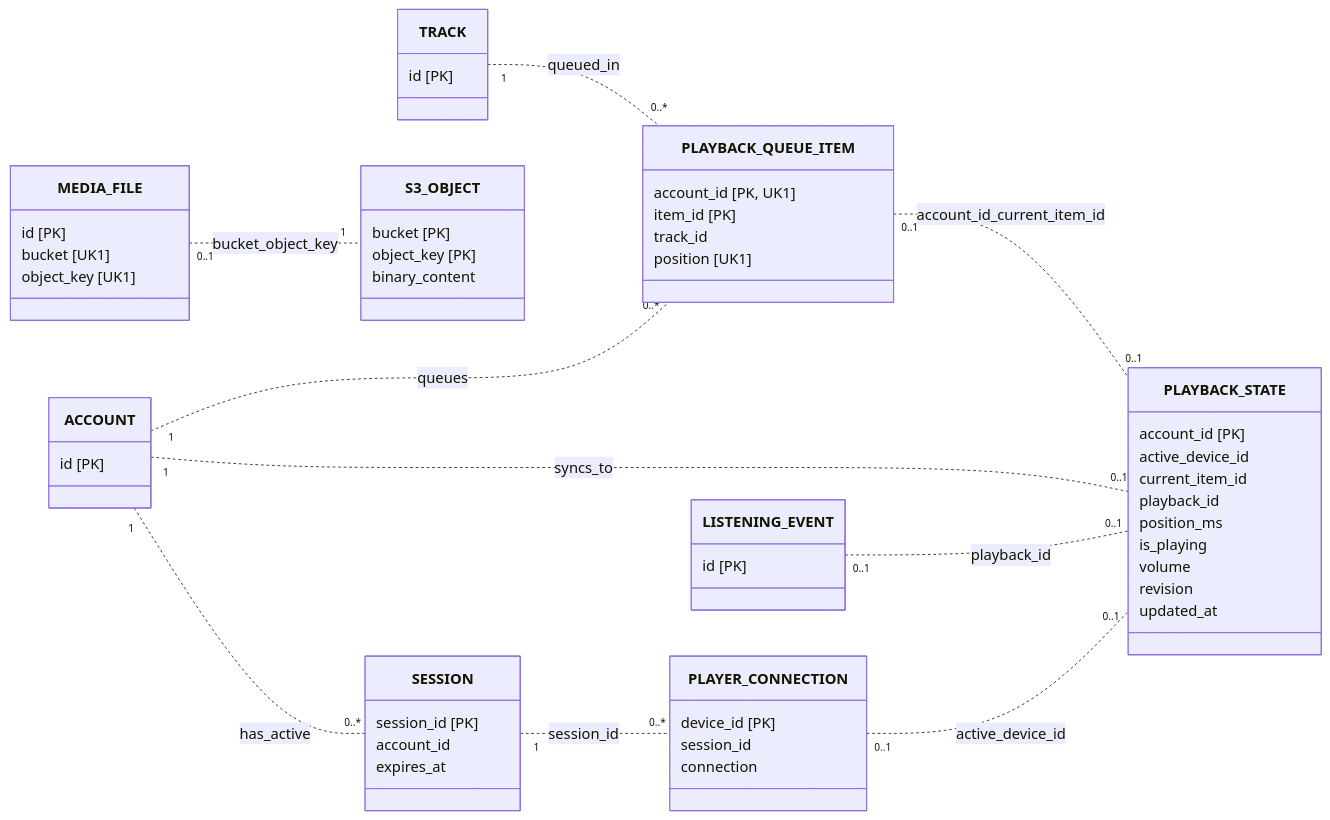
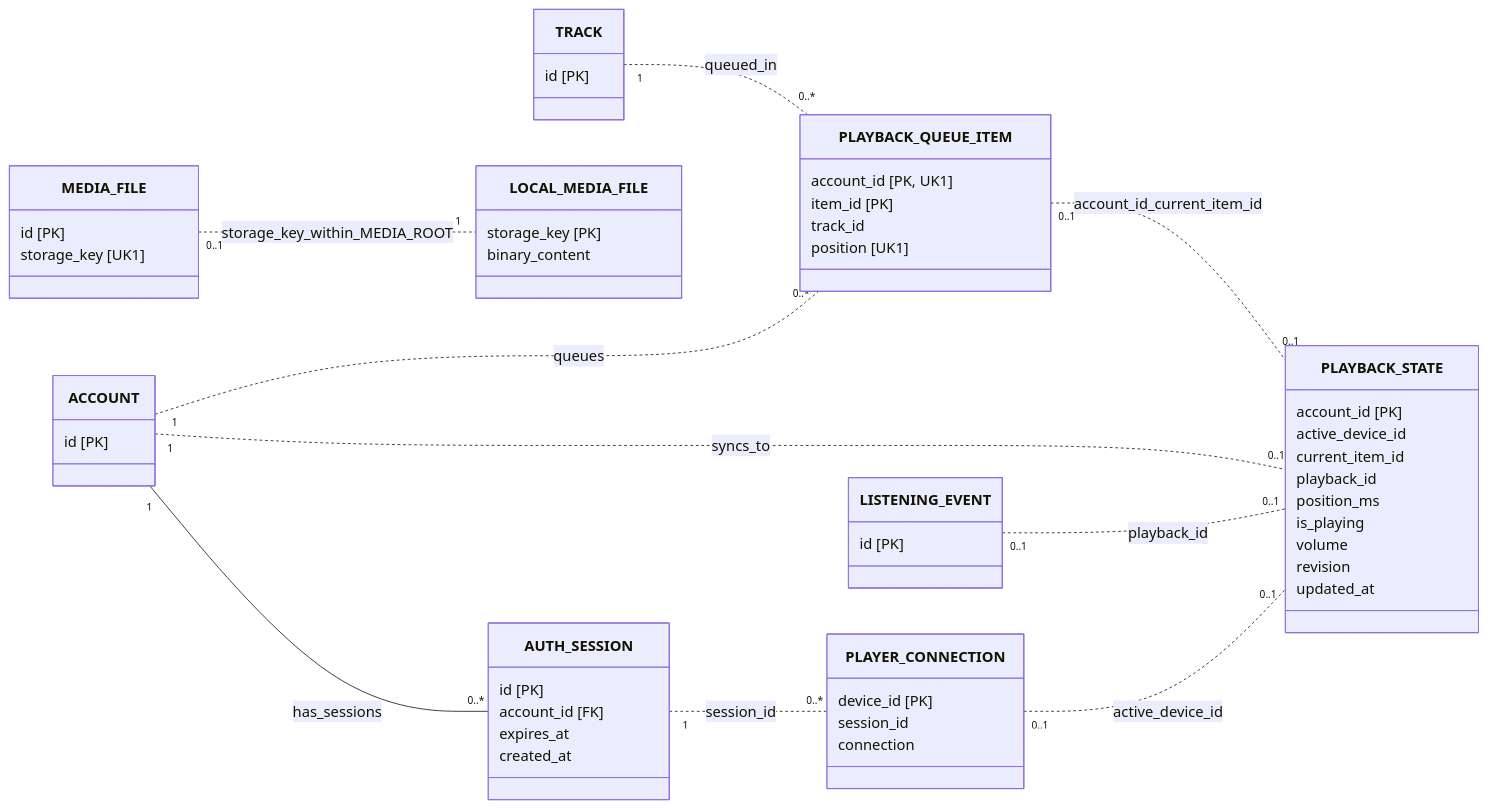
One commit to go-park-mail-ru/2026_2_Na_Vse_200 changed the fourth of 4 diagrams in db/normalized/er.md. Above: the diagram before and after it, drawn with Mermaid. The commit also changed other lines of this file and 25 other files, not shown here.

````diff
--- a/db/normalized/er.md
+++ b/db/normalized/er.md
@@ -167,59 +178,58 @@
 ```mermaid
 classDiagram
 direction LR
     class ACCOUNT {
         id [PK]
     }
     class TRACK {
         id [PK]
     }
     class MEDIA_FILE {
         id [PK]
-        bucket [UK1]
-        object_key [UK1]
+        storage_key [UK1]
     }
-    class SESSION {
-        session_id [PK]
-        account_id
+    class AUTH_SESSION {
+        id [PK]
+        account_id [FK]
         expires_at
+        created_at
     }
     class PLAYBACK_STATE {
         account_id [PK]
         active_device_id
         current_item_id
         playback_id
         position_ms
         is_playing
         volume
         revision
         updated_at
     }
     class PLAYBACK_QUEUE_ITEM {
         account_id [PK, UK1]
         item_id [PK]
         track_id
         position [UK1]
     }
     class PLAYER_CONNECTION {
         device_id [PK]
         session_id
         connection
     }
-    class S3_OBJECT {
-        bucket [PK]
-        object_key [PK]
+    class LOCAL_MEDIA_FILE {
+        storage_key [PK]
         binary_content
     }
     class LISTENING_EVENT {
         id [PK]
     }
-    ACCOUNT "1" .. "0..*" SESSION : has_active
+    ACCOUNT "1" -- "0..*" AUTH_SESSION : has_sessions
     ACCOUNT "1" .. "0..1" PLAYBACK_STATE : syncs_to
     ACCOUNT "1" .. "0..*" PLAYBACK_QUEUE_ITEM : queues
     TRACK "1" .. "0..*" PLAYBACK_QUEUE_ITEM : queued_in
     PLAYBACK_QUEUE_ITEM "0..1" .. "0..1" PLAYBACK_STATE : account_id_current_item_id
-    SESSION "1" .. "0..*" PLAYER_CONNECTION : session_id
+    AUTH_SESSION "1" .. "0..*" PLAYER_CONNECTION : session_id
     PLAYER_CONNECTION "0..1" .. "0..1" PLAYBACK_STATE : active_device_id
     LISTENING_EVENT "0..1" .. "0..1" PLAYBACK_STATE : playback_id
-    MEDIA_FILE "0..1" .. "1" S3_OBJECT : bucket_object_key
+    MEDIA_FILE "0..1" .. "1" LOCAL_MEDIA_FILE : storage_key_within_MEDIA_ROOT
 ```
````
